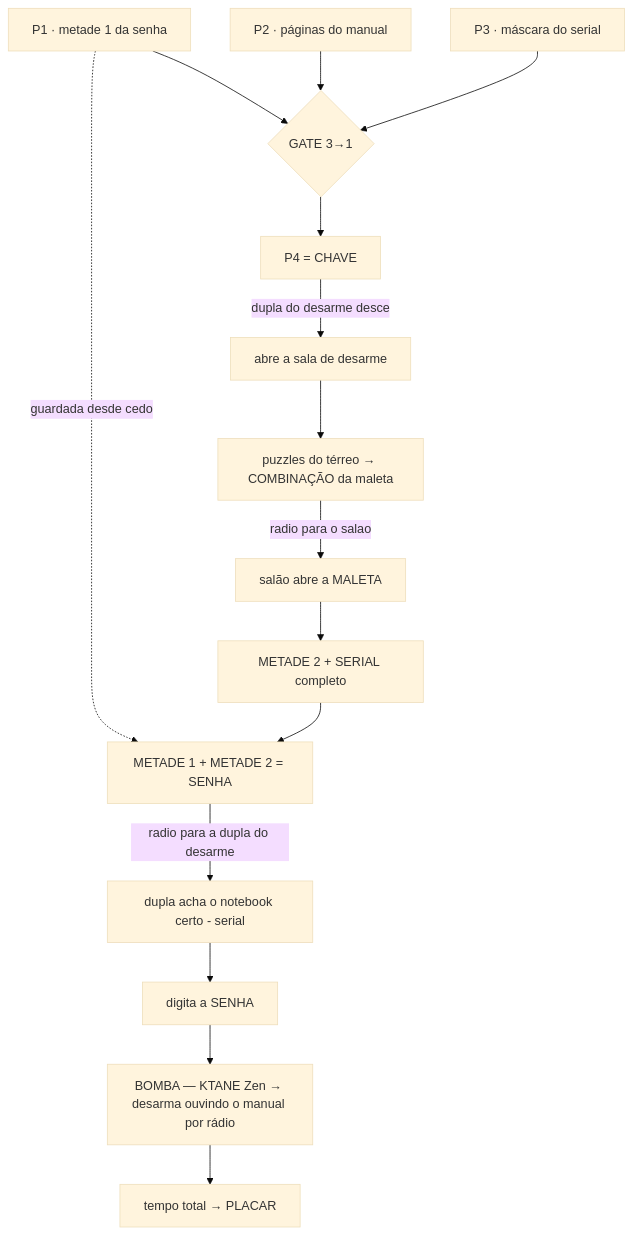
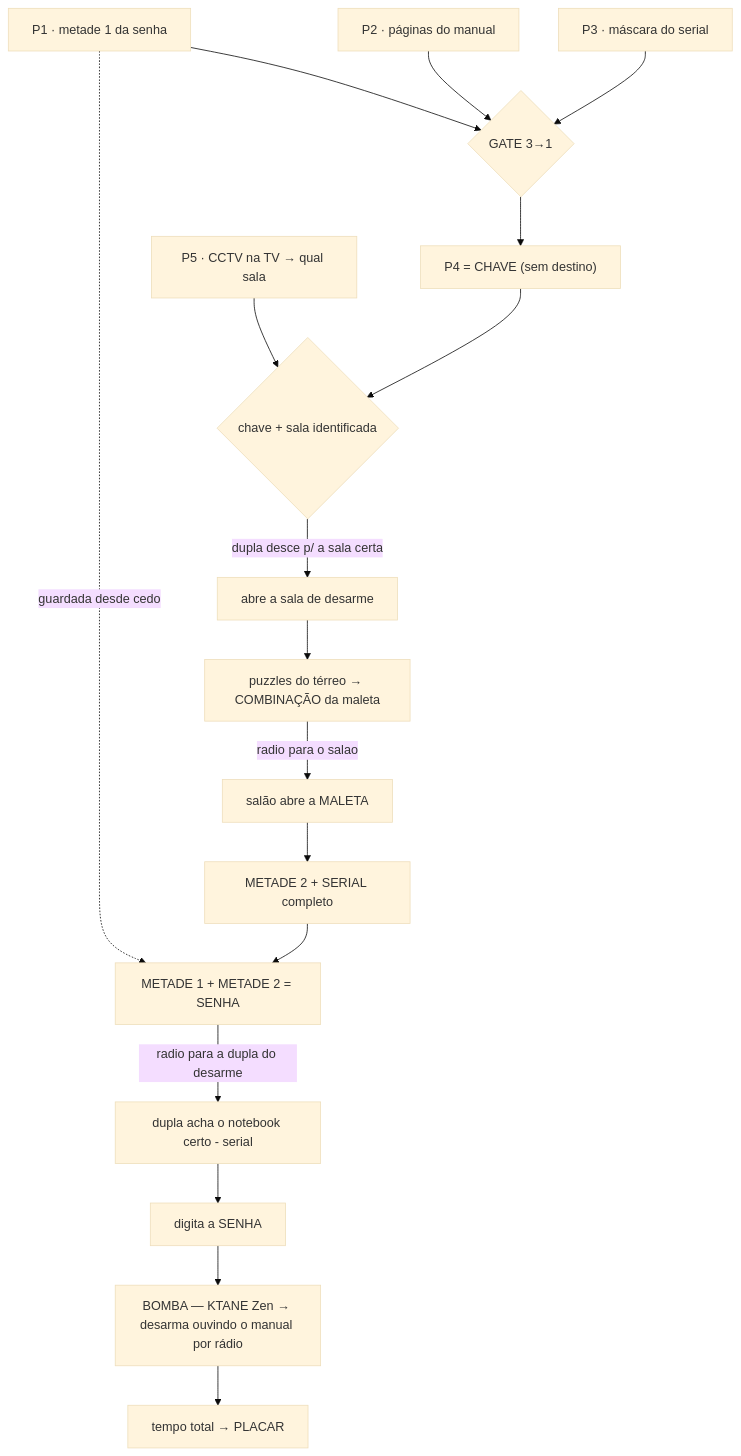
One commit to eltoncezar/escape-room-iatec changed the first of 3 diagrams in docs/01-fluxo-e-mapa.md. Above: the diagram before and after it, drawn with Mermaid (base theme). The commit also changed other lines of this file and 6 other files, not shown here.

````diff
--- a/docs/01-fluxo-e-mapa.md
+++ b/docs/01-fluxo-e-mapa.md
@@ -39,17 +40,19 @@
 ```mermaid
 flowchart TD
     P1["P1 · metade 1 da senha"] --> GATE{"GATE 3→1"}
     P2["P2 · páginas do manual"] --> GATE
     P3["P3 · máscara do serial"] --> GATE
-    GATE --> KEY["P4 = CHAVE"]
-    KEY -->|dupla do desarme desce| SALA2["abre a sala de desarme"]
+    GATE --> KEY["P4 = CHAVE (sem destino)"]
+    CCTV["P5 · CCTV na TV → qual sala"] --> IDENT{"chave + sala identificada"}
+    KEY --> IDENT
+    IDENT -->|dupla desce p/ a sala certa| SALA2["abre a sala de desarme"]
     SALA2 --> T1["puzzles do térreo → COMBINAÇÃO da maleta"]
     T1 -->|radio para o salao| MALETA["salão abre a MALETA"]
     MALETA --> M2["METADE 2 + SERIAL completo"]
     P1 -.->|guardada desde cedo| SENHA["METADE 1 + METADE 2 = SENHA"]
     M2 --> SENHA
     SENHA -->|radio para a dupla do desarme| ACHA["dupla acha o notebook certo - serial"]
     ACHA --> DIGITA["digita a SENHA"]
     DIGITA --> BOMBA["BOMBA — KTANE Zen → desarma ouvindo o manual por rádio"]
     BOMBA --> PLACAR["tempo total → PLACAR"]
 ```
````
